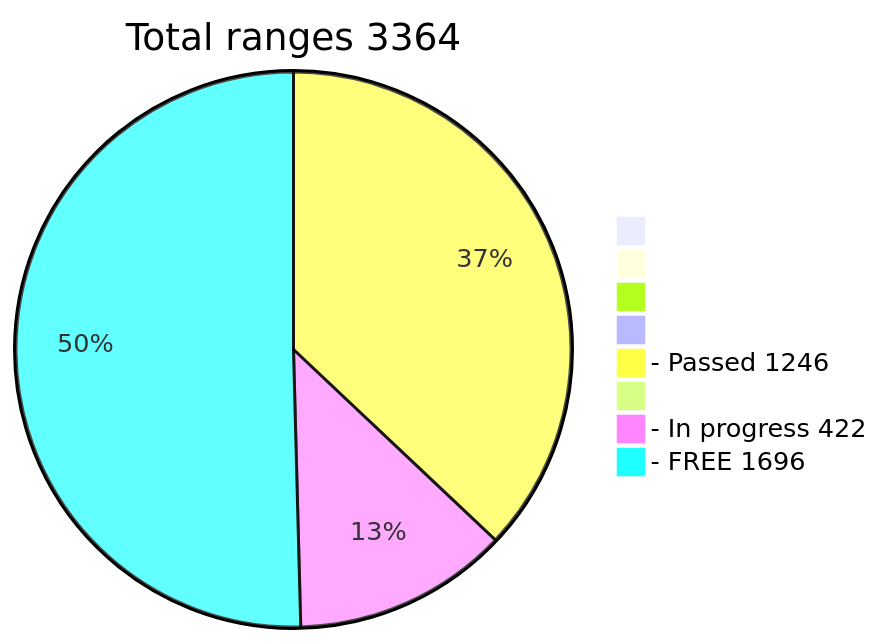
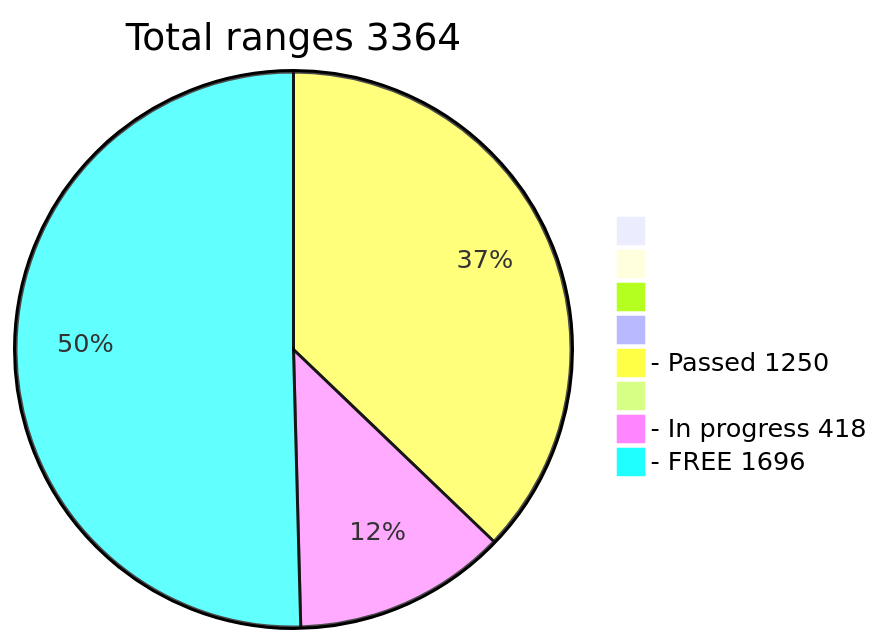
Before and after one commit to phrutis/wif500: the diagram in README.md, drawn with Mermaid.

````diff
--- a/README.md
+++ b/README.md
@@ -16,12 +16,12 @@
 ```mermaid
 pie title Total ranges 3364
              " " : 0
             "  " : 0
            "   " : 0
           "    " : 0
-  "- Passed 1246" : 1246
+  "- Passed 1250" : 1250
          "     " : 0
-  "- In progress 422" : 422
+  "- In progress 418" : 418
    "- FREE 1696" : 1696
    
 ```
````
